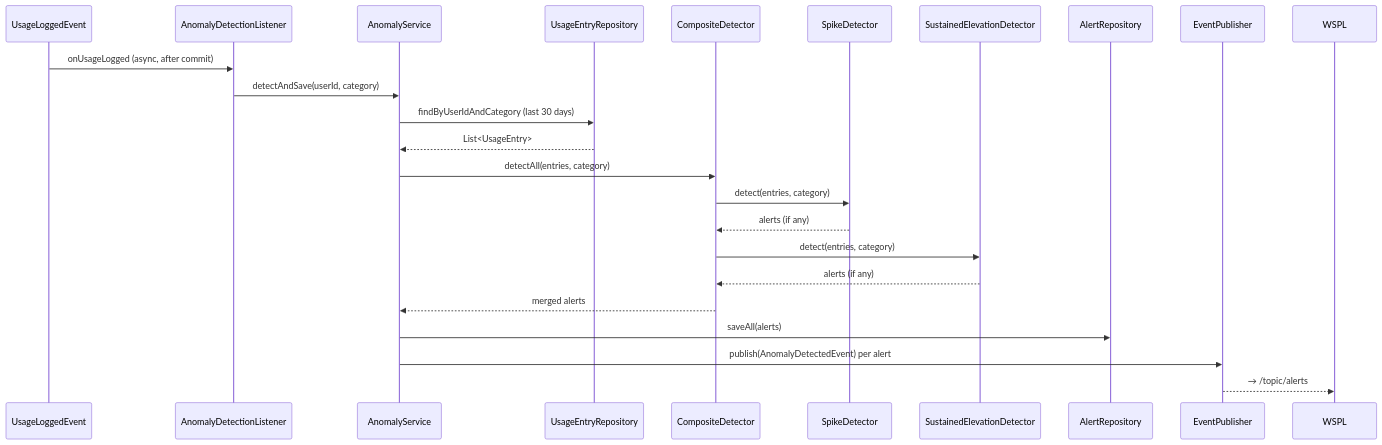
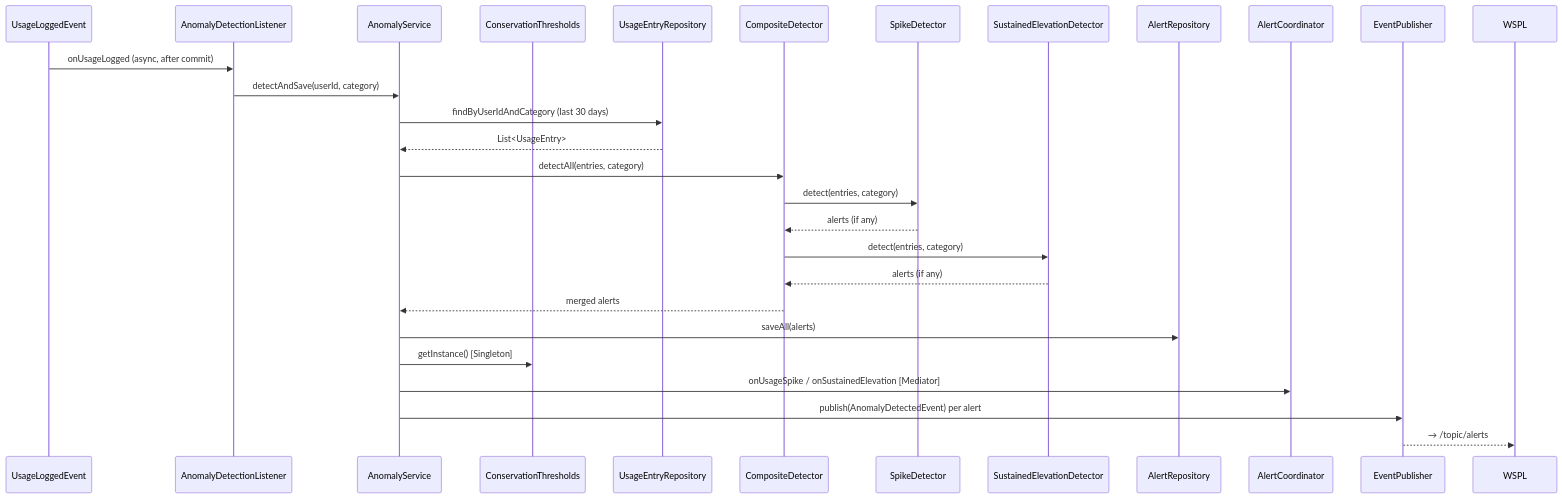
One commit to ced-kwong29/design-patterns changed diagram 32 of 33 in README.md. Above: the diagram before and after it, drawn with Mermaid. The commit also changed other lines of this file and 19 other files, not shown here.

````diff
--- a/README.md
+++ b/README.md
@@ -981,26 +1023,30 @@
 ```mermaid
 sequenceDiagram
     participant Event as UsageLoggedEvent
     participant ADL as AnomalyDetectionListener
     participant AS as AnomalyService
+    participant CT as ConservationThresholds
     participant Repo as UsageEntryRepository
     participant CD as CompositeDetector
     participant SD as SpikeDetector
     participant SED as SustainedElevationDetector
     participant AR as AlertRepository
+    participant DAC as AlertCoordinator
     participant Pub as EventPublisher
 
     Event->>ADL: onUsageLogged (async, after commit)
     ADL->>AS: detectAndSave(userId, category)
     AS->>Repo: findByUserIdAndCategory (last 30 days)
     Repo-->>AS: List<UsageEntry>
     AS->>CD: detectAll(entries, category)
     CD->>SD: detect(entries, category)
     SD-->>CD: alerts (if any)
     CD->>SED: detect(entries, category)
     SED-->>CD: alerts (if any)
     CD-->>AS: merged alerts
     AS->>AR: saveAll(alerts)
+    AS->>CT: getInstance() [Singleton]
+    AS->>DAC: onUsageSpike / onSustainedElevation [Mediator]
     AS->>Pub: publish(AnomalyDetectedEvent) per alert
     Pub-->>WSPL: → /topic/alerts
 ```
````
